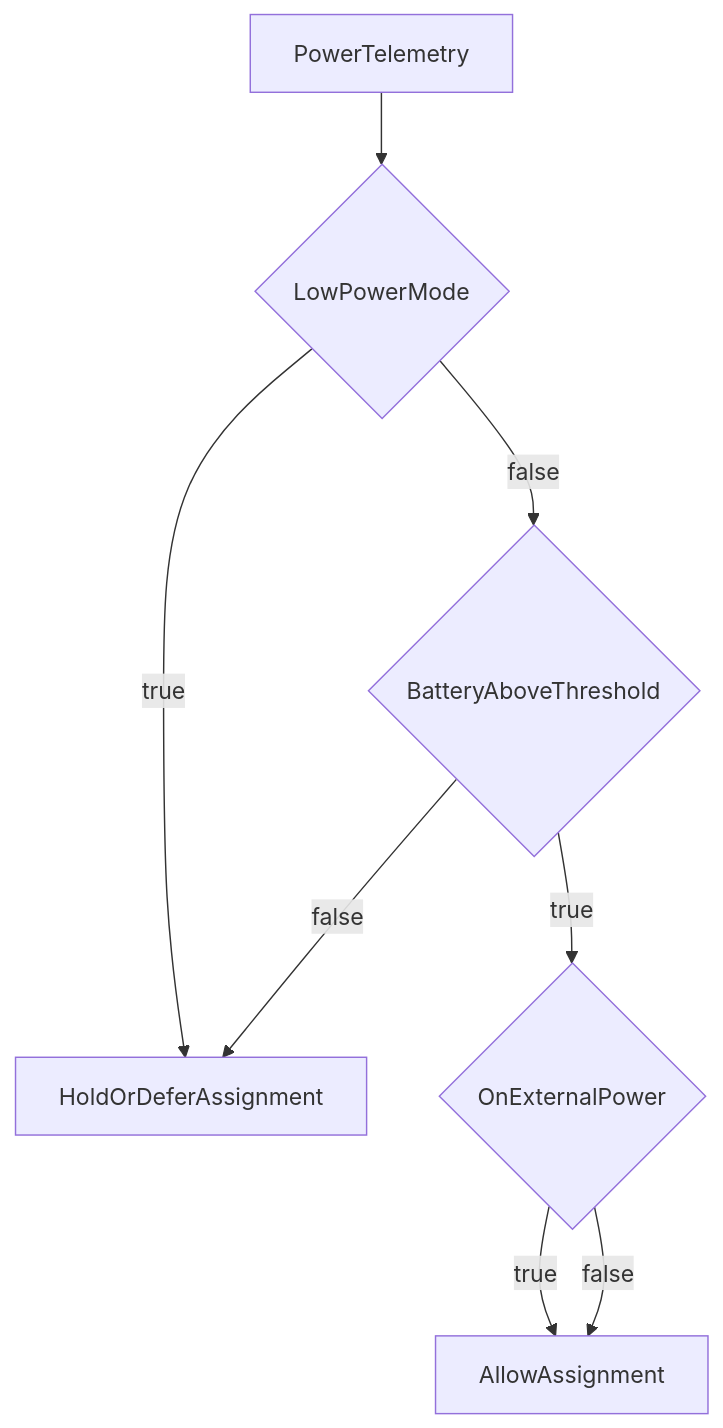
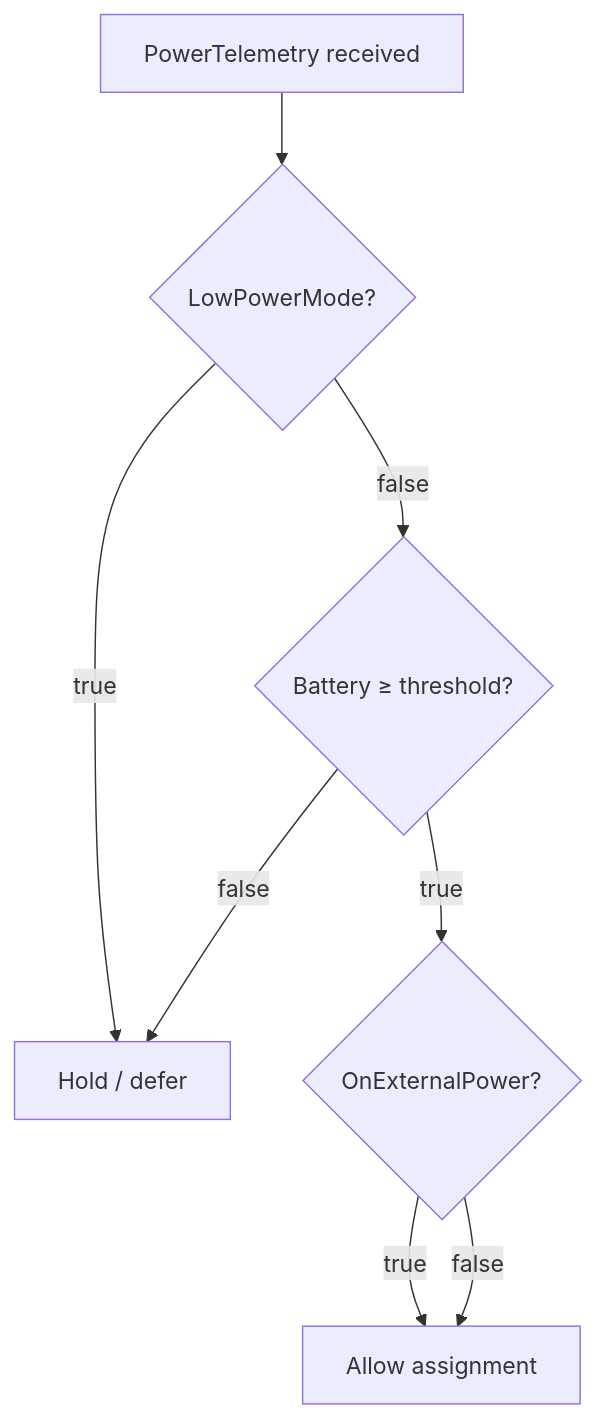
Before and after one commit to codyrs82/Edgecoder: the diagram in site-docs/operations/ios-power-scheduling.md, drawn with Mermaid. The commit also changed other lines of this file and 16 other files, not shown here.

````diff
--- a/site-docs/operations/ios-power-scheduling.md
+++ b/site-docs/operations/ios-power-scheduling.md
@@ -29,17 +84,17 @@
 ```mermaid
 flowchart TD
-  telemetry[PowerTelemetry]
-  lowPower{LowPowerMode}
-  threshold{BatteryAboveThreshold}
-  charging{OnExternalPower}
-  assign[AllowAssignment]
-  hold[HoldOrDeferAssignment]
+  telemetry[PowerTelemetry received]
+  lowPower{LowPowerMode?}
+  threshold{Battery ≥ threshold?}
+  charging{OnExternalPower?}
+  assign[Allow assignment]
+  hold[Hold / defer]
 
   telemetry --> lowPower
   lowPower -->|true| hold
   lowPower -->|false| threshold
   threshold -->|false| hold
   threshold -->|true| charging
   charging -->|true| assign
   charging -->|false| assign
 ```
````
